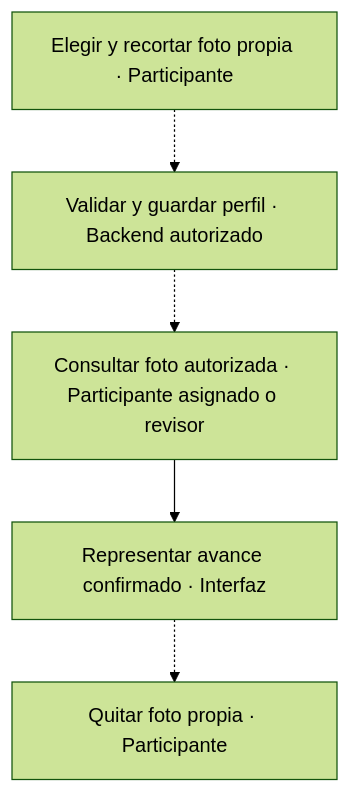
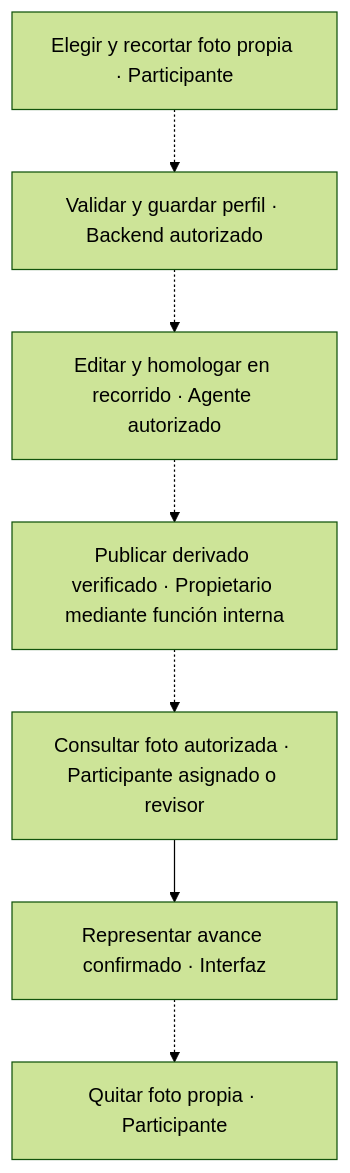
One commit to yodesarrollomx/yod-portal changed diagram 13 of 15 in docs/arquitectura/procesos.md. Above: the diagram before and after it, drawn with Mermaid (forest theme). The commit also changed other lines of this file and 7 other files, not shown here.

````diff
--- a/docs/arquitectura/procesos.md
+++ b/docs/arquitectura/procesos.md
@@ -363,12 +363,16 @@
 ```mermaid
 flowchart TD
   p0["Elegir y recortar foto propia · Participante"]
   p1["Validar y guardar perfil · Backend autorizado"]
   p0 -.-> p1
-  p2["Consultar foto autorizada · Participante asignado o revisor"]
+  p2["Editar y homologar en recorrido · Agente autorizado"]
   p1 -.-> p2
-  p3["Representar avance confirmado · Interfaz"]
-  p2 --> p3
-  p4["Quitar foto propia · Participante"]
+  p3["Publicar derivado verificado · Propietario mediante función interna"]
+  p2 -.-> p3
+  p4["Consultar foto autorizada · Participante asignado o revisor"]
   p3 -.-> p4
+  p5["Representar avance confirmado · Interfaz"]
+  p4 --> p5
+  p6["Quitar foto propia · Participante"]
+  p5 -.-> p6
 ```
````
